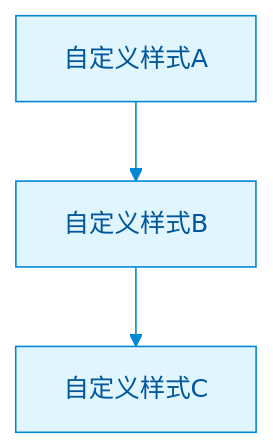
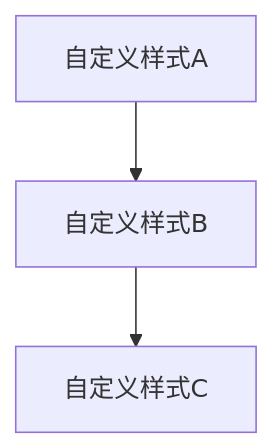
Before and after one commit to AdaMartin18010/AnalysisDataFlow: the tenth of 10 diagrams in docs/mermaid-style-guide.md, drawn with Mermaid. The commit also changed 679 other files, not shown here.

````diff
--- a/docs/mermaid-style-guide.md
+++ b/docs/mermaid-style-guide.md
@@ -346,6 +346,7 @@
 ```mermaid
+%% 此图为 flowchart 类型，使用 %%{init} 自定义样式 %%
 %%{init: {'theme': 'base', 'themeVariables': { 'primaryColor': '#e1f5fe', 'primaryTextColor': '#01579b', 'primaryBorderColor': '#0288d1', 'lineColor': '#0288d1', 'secondaryColor': '#fff3e0', 'tertiaryColor': '#e8f5e9'}}}%%
 flowchart TD
     A[自定义样式A] --> B[自定义样式B]
     B --> C[自定义样式C]
 ```
````
